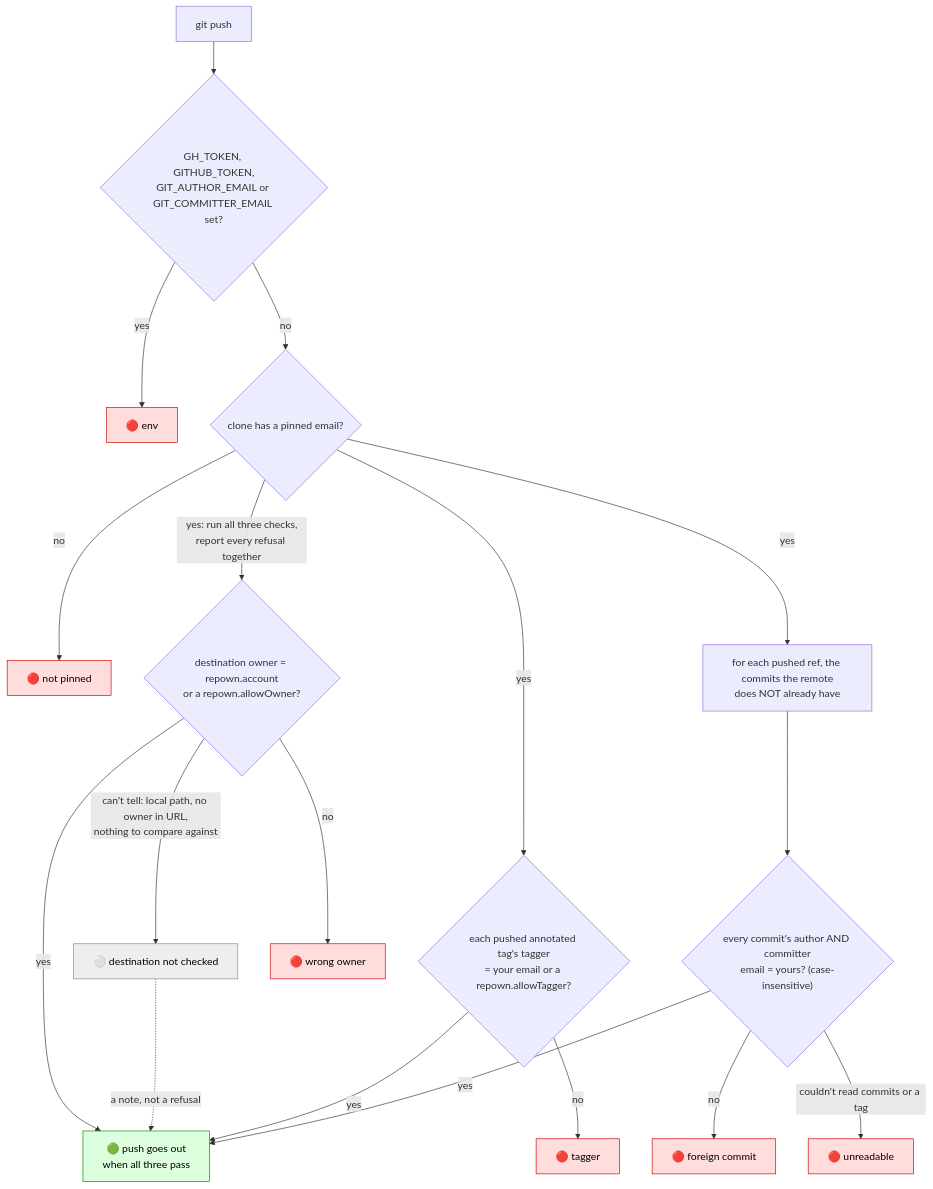
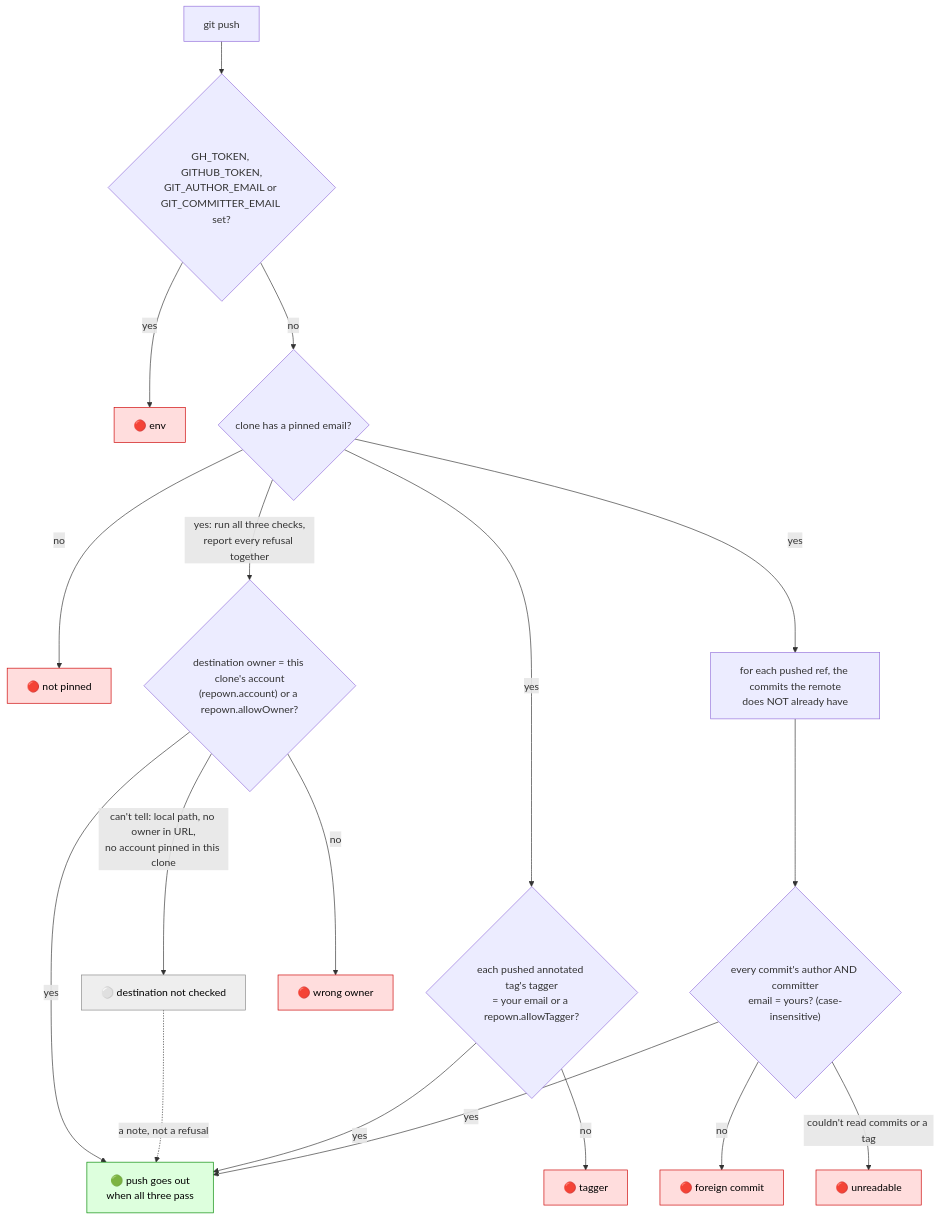
The sixth of 9 diagrams in docs/HOW-IT-WORKS.md (makubexD/repown), drawn with Mermaid before and after one commit. The commit also changed other lines of this file and 8 other files, not shown here.

First line of the commit message:
Check every doc against the code, and give each fact one home

````diff
--- a/docs/HOW-IT-WORKS.md
+++ b/docs/HOW-IT-WORKS.md
@@ -242,26 +255,26 @@
 ```mermaid
 flowchart TD
   P[git push] --> E{GH_TOKEN, GITHUB_TOKEN,<br/>GIT_AUTHOR_EMAIL or GIT_COMMITTER_EMAIL set?}
   E -->|yes| X1[🔴 env]
   E -->|no| I{clone has a pinned email?}
   I -->|no| X2[🔴 not pinned]
-  I -->|"yes: run all three checks,<br/>report every refusal together"| O{"destination owner = repown.account<br/>or a repown.allowOwner?"}
+  I -->|"yes: run all three checks,<br/>report every refusal together"| O{"destination owner = this clone's account<br/>(repown.account) or a repown.allowOwner?"}
   I -->|yes| T{"each pushed annotated tag's tagger<br/>= your email or a repown.allowTagger?"}
   I -->|yes| C["for each pushed ref, the commits the remote<br/>does NOT already have"]
-  O -->|"can't tell: local path, no owner in URL,<br/>nothing to compare against"| N[⚪ destination not checked]
+  O -->|"can't tell: local path, no owner in URL,<br/>no account pinned in this clone"| N[⚪ destination not checked]
   O -->|no| X3[🔴 wrong owner]
   T -->|no| X4[🔴 tagger]
   C --> A{"every commit's author AND committer<br/>email = yours? (case-insensitive)"}
   A -->|no| X5[🔴 foreign commit]
   A -->|"couldn't read commits or a tag"| X6[🔴 unreadable]
   O -->|yes| OK["🟢 push goes out<br/>when all three pass"]
   N -.->|a note, not a refusal| OK
   T -->|yes| OK
   A -->|yes| OK
   classDef bad fill:#fdd,stroke:#c00,color:#000
   classDef good fill:#dfd,stroke:#080,color:#000
   classDef na fill:#eee,stroke:#888,color:#000
   class X1,X2,X3,X4,X5,X6 bad
   class OK good
   class N na
 ```
````
